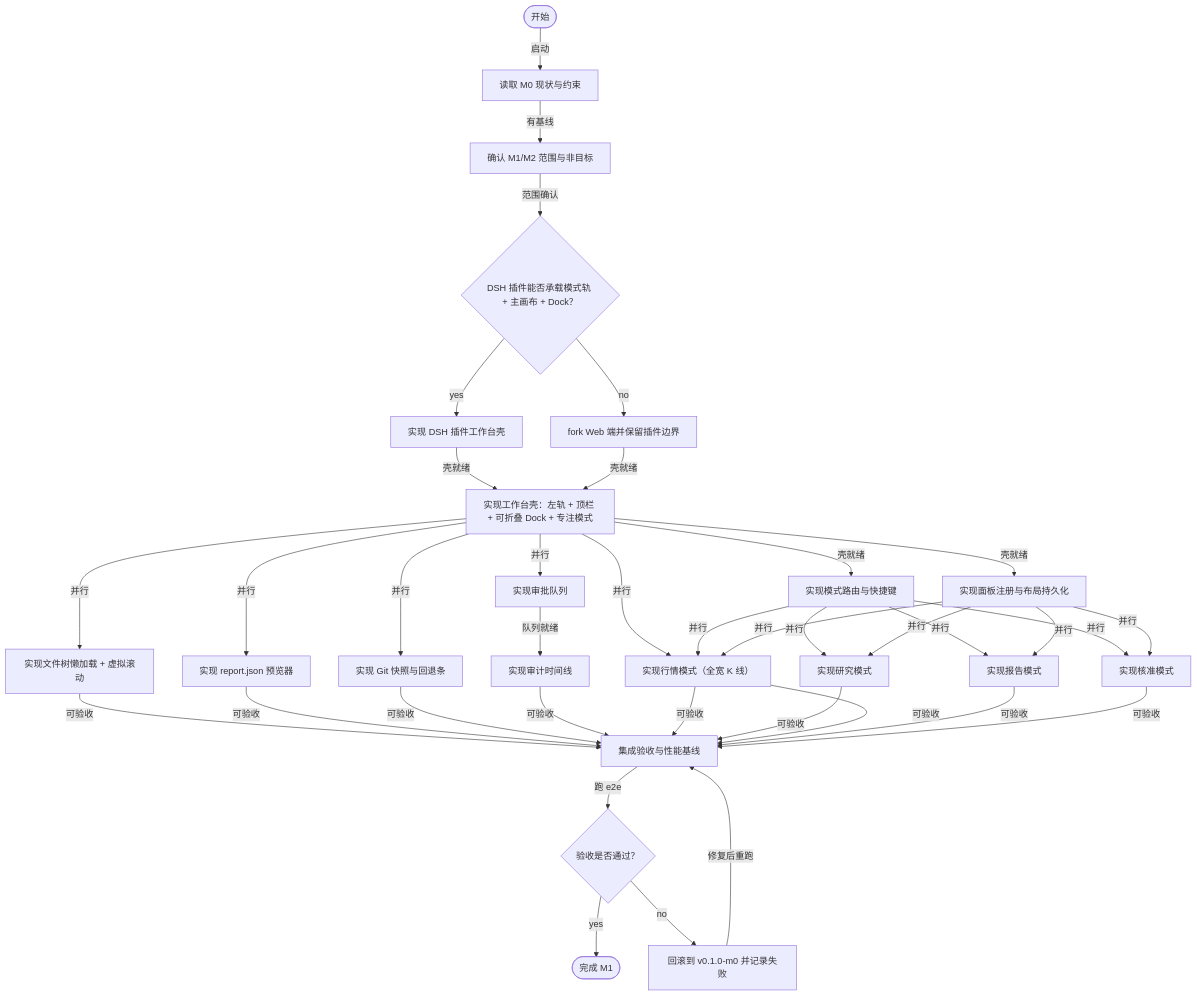
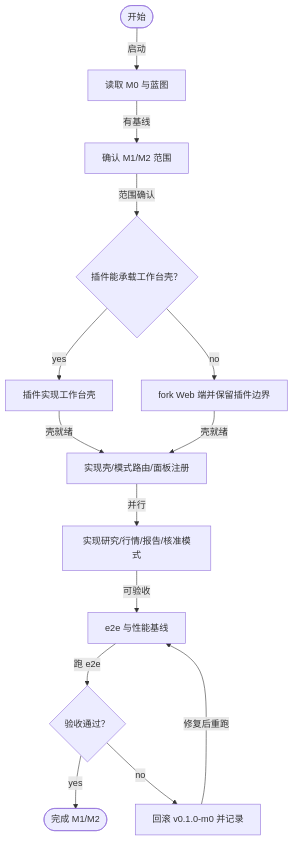
Before and after one commit to XiRuize/fin-agent-workbench: the diagram in docs/blueprint/m1-m2-workbench.md, drawn with Mermaid. The commit also changed other lines of this file and 2 other files, not shown here.

Commit message:
docs: refactor blueprint into A/B/C/D sublayer diagrams

````diff
--- a/docs/blueprint/m1-m2-workbench.md
+++ b/docs/blueprint/m1-m2-workbench.md
@@ -149,61 +152,28 @@
 ```mermaid
 flowchart TD
-  fc-start(["开始"])
-  fc-read["读取 M0 现状与约束"]
-  fc-scope["确认 M1/M2 范围与非目标"]
-  fc-d1{"DSH 插件能否承载模式轨 + 主画布 + Dock？"}
-  fc-plugin["实现 DSH 插件工作台壳"]
-  fc-fork["fork Web 端并保留插件边界"]
-  fc-layout["实现工作台壳：左轨 + 顶栏 + 可折叠 Dock + 专注模式"]
-  fc-tree["实现文件树懒加载 + 虚拟滚动"]
-  fc-preview["实现 report.json 预览器"]
-  fc-version["实现 Git 快照与回退条"]
-  fc-approval["实现审批队列"]
-  fc-audit["实现审计时间线"]
-  fc-verify["集成验收与性能基线"]
-  fc-d2{"验收是否通过？"}
-  fc-rollback["回滚到 v0.1.0-m0 并记录失败"]
-  fc-done(["完成 M1"])
-  fc-market["实现行情模式（全宽 K 线）"]
-  fc-router["实现模式路由与快捷键"]
-  fc-panel["实现面板注册与布局持久化"]
-  fc-research["实现研究模式"]
-  fc-report["实现报告模式"]
-  fc-approval-mode["实现核准模式"]
-  fc-start -->|启动| fc-read
-  fc-read -->|有基线| fc-scope
-  fc-scope -->|范围确认| fc-d1
-  fc-d1 -->|yes| fc-plugin
-  fc-d1 -->|no| fc-fork
-  fc-plugin -->|壳就绪| fc-layout
-  fc-fork -->|壳就绪| fc-layout
-  fc-layout -->|并行| fc-tree
-  fc-layout -->|并行| fc-preview
-  fc-layout -->|并行| fc-version
-  fc-layout -->|并行| fc-approval
-  fc-approval -->|队列就绪| fc-audit
-  fc-tree -->|可验收| fc-verify
-  fc-preview -->|可验收| fc-verify
-  fc-version -->|可验收| fc-verify
-  fc-audit -->|可验收| fc-verify
-  fc-verify -->|跑 e2e| fc-d2
-  fc-d2 -->|yes| fc-done
-  fc-d2 -->|no| fc-rollback
-  fc-rollback -->|修复后重跑| fc-verify
-  fc-layout -->|并行| fc-market
-  fc-market -->|可验收| fc-verify
-  fc-layout -->|壳就绪| fc-router
-  fc-layout -->|壳就绪| fc-panel
-  fc-router -->|并行| fc-research
-  fc-panel -->|并行| fc-research
-  fc-router -->|并行| fc-market
-  fc-panel -->|并行| fc-market
-  fc-router -->|并行| fc-report
-  fc-panel -->|并行| fc-report
-  fc-router -->|并行| fc-approval-mode
-  fc-panel -->|并行| fc-approval-mode
-  fc-research -->|可验收| fc-verify
-  fc-market -->|可验收| fc-verify
-  fc-report -->|可验收| fc-verify
-  fc-approval-mode -->|可验收| fc-verify
+  dflow-start(["开始"])
+  dflow-read["读取 M0 与蓝图"]
+  dflow-scope["确认 M1/M2 范围"]
+  dflow-d1{"插件能承载工作台壳？"}
+  dflow-plugin["插件实现工作台壳"]
+  dflow-fork["fork Web 端并保留插件边界"]
+  dflow-shell["实现壳/模式路由/面板注册"]
+  dflow-modes["实现研究/行情/报告/核准模式"]
+  dflow-verify["e2e 与性能基线"]
+  dflow-d2{"验收通过？"}
+  dflow-rollback["回滚 v0.1.0-m0 并记录"]
+  dflow-done(["完成 M1/M2"])
+  dflow-start -->|启动| dflow-read
+  dflow-read -->|有基线| dflow-scope
+  dflow-scope -->|范围确认| dflow-d1
+  dflow-d1 -->|yes| dflow-plugin
+  dflow-d1 -->|no| dflow-fork
+  dflow-plugin -->|壳就绪| dflow-shell
+  dflow-fork -->|壳就绪| dflow-shell
+  dflow-shell -->|并行| dflow-modes
+  dflow-modes -->|可验收| dflow-verify
+  dflow-verify -->|跑 e2e| dflow-d2
+  dflow-d2 -->|yes| dflow-done
+  dflow-d2 -->|no| dflow-rollback
+  dflow-rollback -->|修复后重跑| dflow-verify
 ```
````
